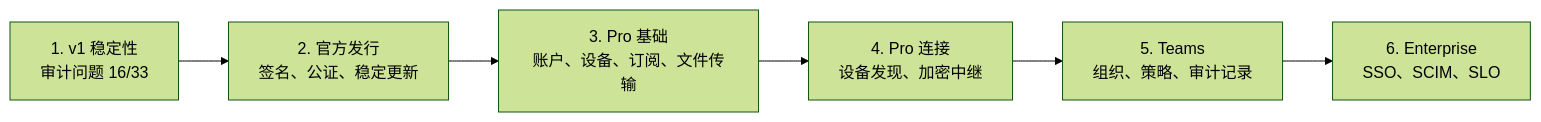
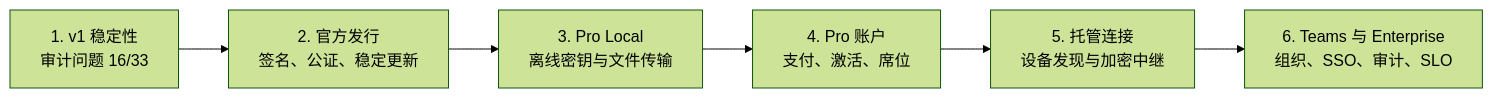
Before and after one commit to Cherry-Company/ieum: the fourth of 4 diagrams in README.zh-CN.md, drawn with Mermaid (forest theme). The commit also changed other lines of this file and 49 other files, not shown here.

First line of the commit message:
feat: gate Pro Local file transfer with offline licenses (#69)

````diff
--- a/README.zh-CN.md
+++ b/README.zh-CN.md
@@ -422,8 +439,8 @@
 ```mermaid
 flowchart LR
   P1["1. v1 稳定性<br/>审计问题 16/33"] --> P2["2. 官方发行<br/>签名、公证、稳定更新"]
-  P2 --> P3["3. Pro 基础<br/>账户、设备、订阅、文件传输"]
-  P3 --> P4["4. Pro 连接<br/>设备发现、加密中继"]
-  P4 --> P5["5. Teams<br/>组织、策略、审计记录"]
-  P5 --> P6["6. Enterprise<br/>SSO、SCIM、SLO"]
+  P2 --> P3["3. Pro Local<br/>离线密钥与文件传输"]
+  P3 --> P4["4. Pro 账户<br/>支付、激活、席位"]
+  P4 --> P5["5. 托管连接<br/>设备发现与加密中继"]
+  P5 --> P6["6. Teams 与 Enterprise<br/>组织、SSO、审计、SLO"]
 ```
````
